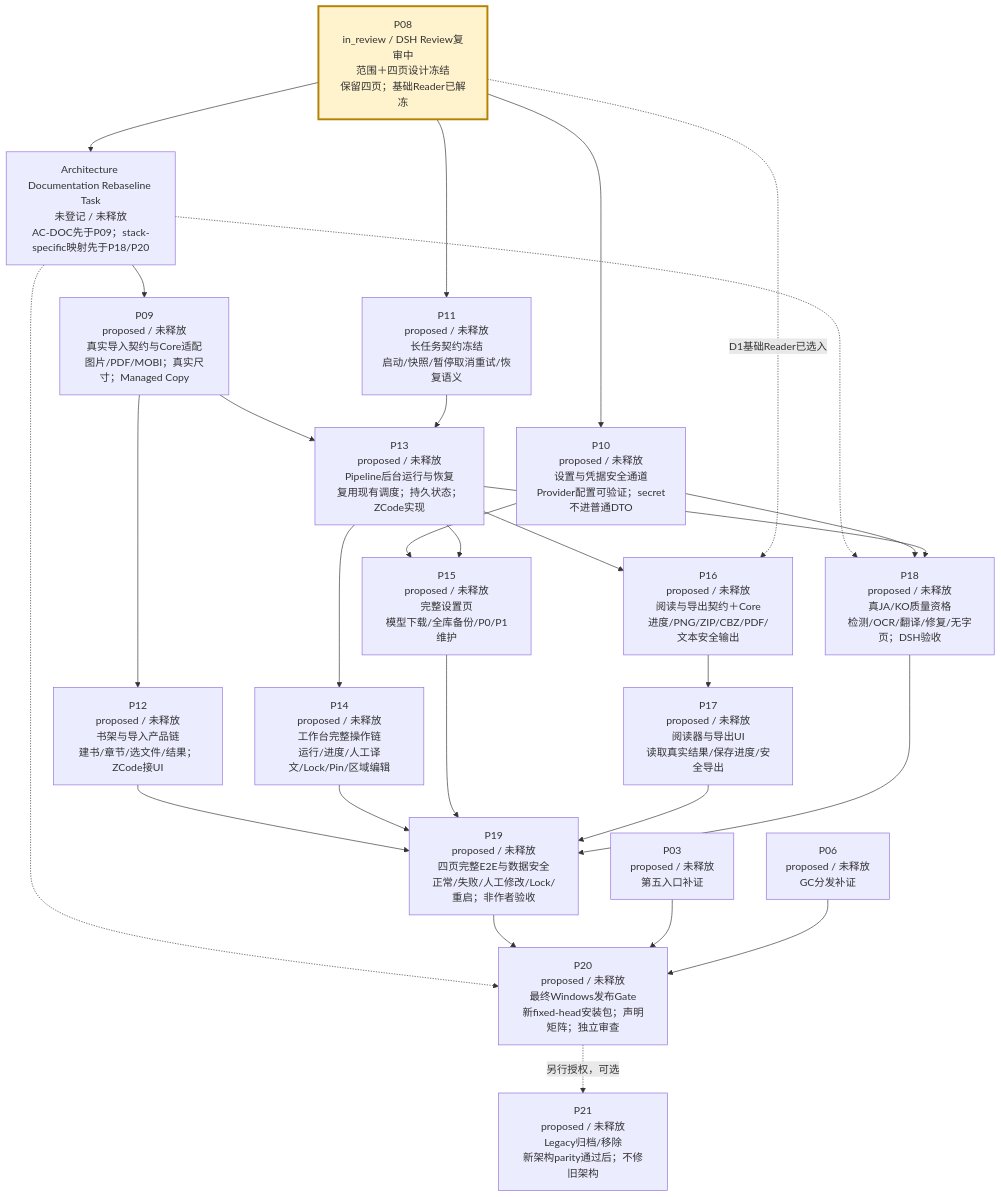
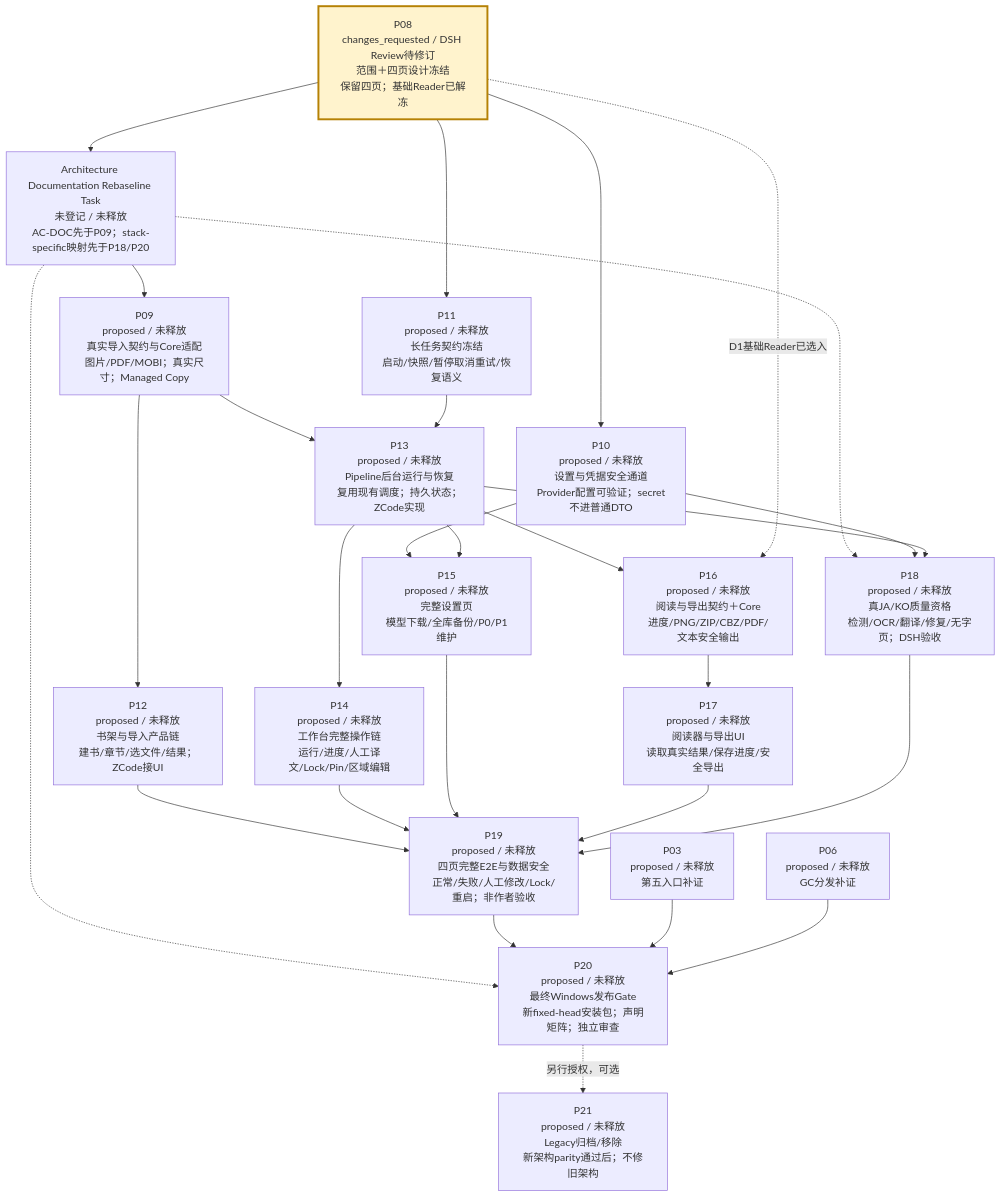
The third of 4 diagrams in verification/PROJECT-ROADMAP-20261008/ROADMAP.md (peakwheat-pixel/New-Manga), drawn with Mermaid before and after one commit. The commit also changed other lines of this file and 12 other files, not shown here.

````diff
--- a/verification/PROJECT-ROADMAP-20261008/ROADMAP.md
+++ b/verification/PROJECT-ROADMAP-20261008/ROADMAP.md
@@ -47,30 +47,30 @@
 ```mermaid
 flowchart TB
-  P08["P08<br/>in_review / DSH Review复审中<br/>范围＋四页设计冻结<br/>保留四页；基础Reader已解冻"] --> ARCHDOC["Architecture Documentation Rebaseline Task<br/>未登记 / 未释放<br/>AC-DOC先于P09；stack-specific映射先于P18/P20"]
+  P08["P08<br/>changes_requested / DSH Review待修订<br/>范围＋四页设计冻结<br/>保留四页；基础Reader已解冻"] --> ARCHDOC["Architecture Documentation Rebaseline Task<br/>未登记 / 未释放<br/>AC-DOC先于P09；stack-specific映射先于P18/P20"]
   ARCHDOC --> P09["P09<br/>proposed / 未释放<br/>真实导入契约与Core适配<br/>图片/PDF/MOBI；真实尺寸；Managed Copy"]
   ARCHDOC -.-> P18
   ARCHDOC -.-> P20
   P08 --> P10["P10<br/>proposed / 未释放<br/>设置与凭据安全通道<br/>Provider配置可验证；secret不进普通DTO"]
   P08 --> P11["P11<br/>proposed / 未释放<br/>长任务契约冻结<br/>启动/快照/暂停取消重试/恢复语义"]
   P09 --> P12["P12<br/>proposed / 未释放<br/>书架与导入产品链<br/>建书/章节/选文件/结果；ZCode接UI"]
   P09 --> P13["P13<br/>proposed / 未释放<br/>Pipeline后台运行与恢复<br/>复用现有调度；持久状态；ZCode实现"]
   P11 --> P13
   P13 --> P14["P14<br/>proposed / 未释放<br/>工作台完整操作链<br/>运行/进度/人工译文/Lock/Pin/区域编辑"]
   P10 --> P15["P15<br/>proposed / 未释放<br/>完整设置页<br/>模型下载/全库备份/P0/P1维护"]
   P13 --> P15
   P13 --> P16["P16<br/>proposed / 未释放<br/>阅读与导出契约＋Core<br/>进度/PNG/ZIP/CBZ/PDF/文本安全输出"]
   P08 -. "D1基础Reader已选入" .-> P16
   P16 --> P17["P17<br/>proposed / 未释放<br/>阅读器与导出UI<br/>读取真实结果/保存进度/安全导出"]
   P10 --> P18["P18<br/>proposed / 未释放<br/>真JA/KO质量资格<br/>检测/OCR/翻译/修复/无字页；DSH验收"]
   P13 --> P18
   P12 --> P19["P19<br/>proposed / 未释放<br/>四页完整E2E与数据安全<br/>正常/失败/人工修改/Lock/重启；非作者验收"]
   P14 --> P19
   P15 --> P19
   P17 --> P19
   P18 --> P19
   P19 --> P20["P20<br/>proposed / 未释放<br/>最终Windows发布Gate<br/>新fixed-head安装包；声明矩阵；独立审查"]
   P03["P03<br/>proposed / 未释放<br/>第五入口补证"] --> P20
   P06["P06<br/>proposed / 未释放<br/>GC分发补证"] --> P20
   P20 -. "另行授权，可选" .-> P21["P21<br/>proposed / 未释放<br/>Legacy归档/移除<br/>新架构parity通过后；不修旧架构"]
   style P08 fill:#fff3cd,stroke:#b58105,stroke-width:3px
 ```
````
